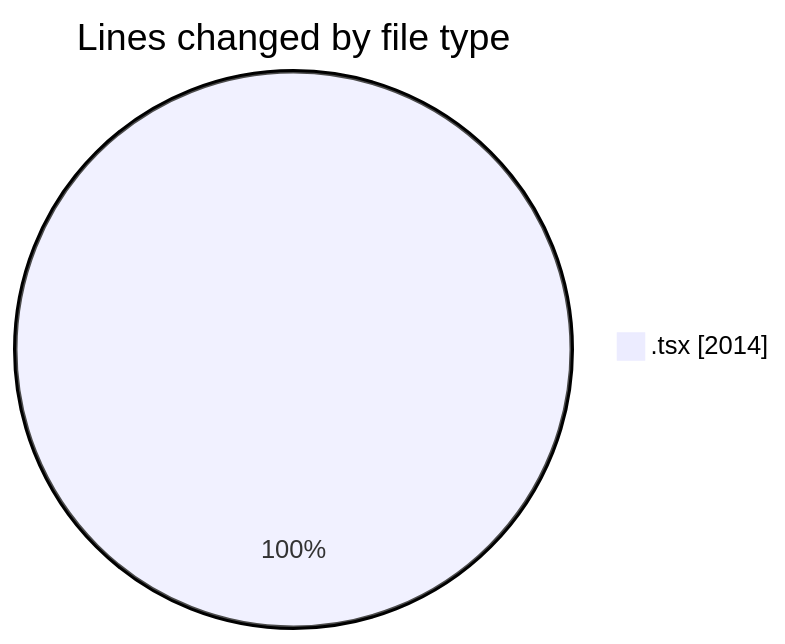
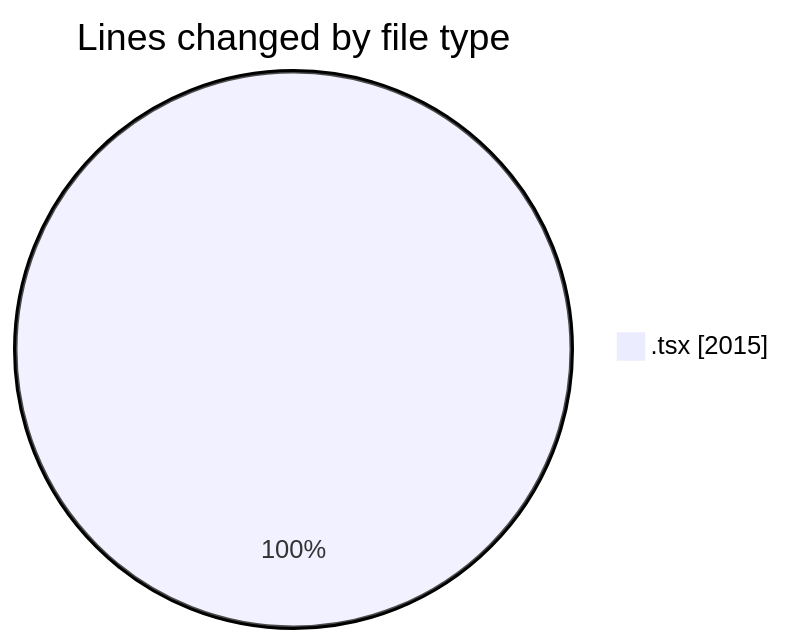
One commit to nxtqubesakshisongat/code-tracking changed the first of 2 diagrams in 2026-02-10/nxtqube_webapp/README.md. Above: the diagram before and after it, drawn with Mermaid. The commit also changed other lines of this file and 1 other file, not shown here.

````diff
--- a/2026-02-10/nxtqube_webapp/README.md
+++ b/2026-02-10/nxtqube_webapp/README.md
@@ -21,5 +21,5 @@
 ```mermaid
 pie showData
 title Lines changed by file type
-".tsx" : 2014
+".tsx" : 2015
 ```
````
